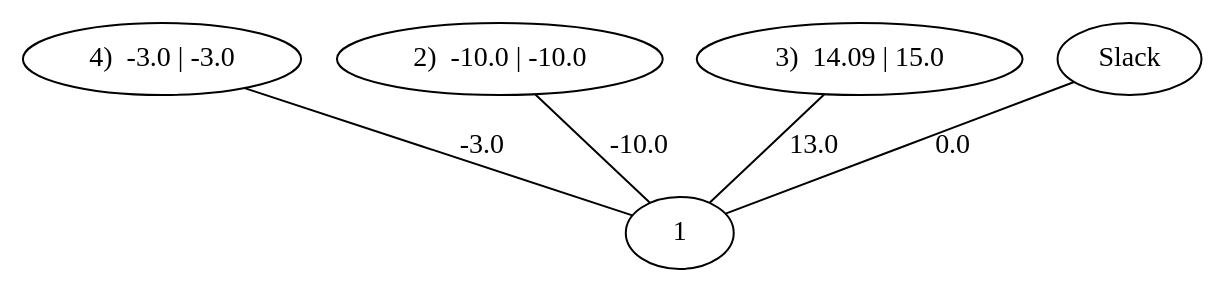
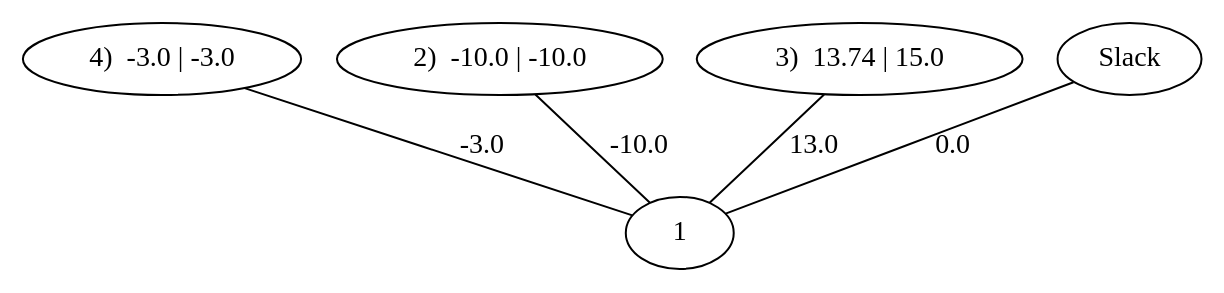
The diagram in energy-network/src/main/results/result-arbre3.dot (Aubret/energy-network), drawn with Graphviz before and after one commit. The commit also changed 36 other files, not shown here.

```diff
--- a/energy-network/src/main/results/result-arbre3.dot
+++ b/energy-network/src/main/results/result-arbre3.dot
@@ -1,11 +1,11 @@
 strict graph G {
   1 [ label="1" ];
   4 [ label="4)  -3.0 | -3.0" ];
   2 [ label="2)  -10.0 | -10.0" ];
-  3 [ label="3)  14.09 | 15.0" ];
+  3 [ label="3)  13.74 | 15.0" ];
   0 [ label="Slack" ];
   4 -- 1 [ label="-3.0" ];
   2 -- 1 [ label="-10.0" ];
   3 -- 1 [ label="13.0" ];
   0 -- 1 [ label="0.0" ];
 }
```
